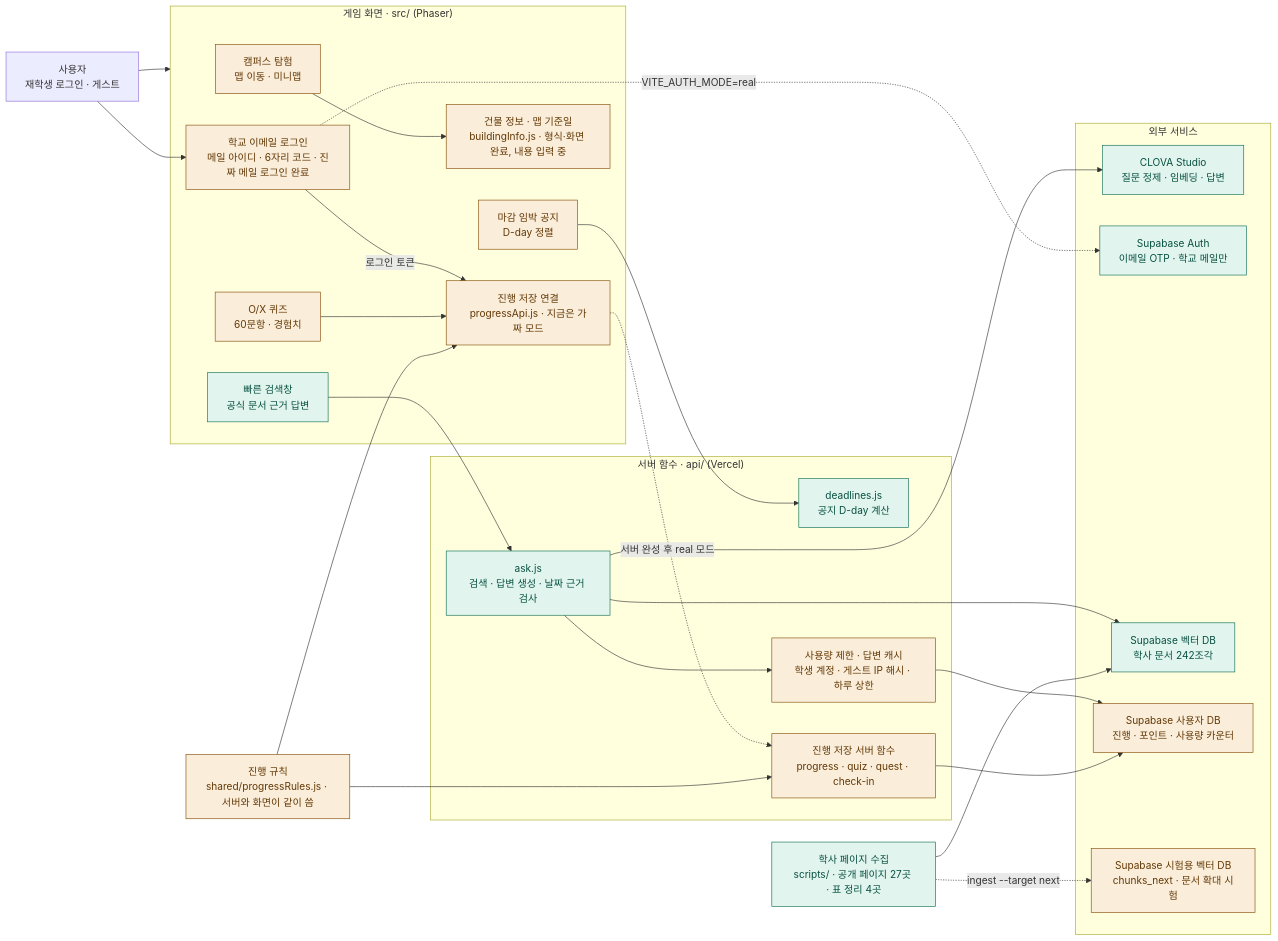
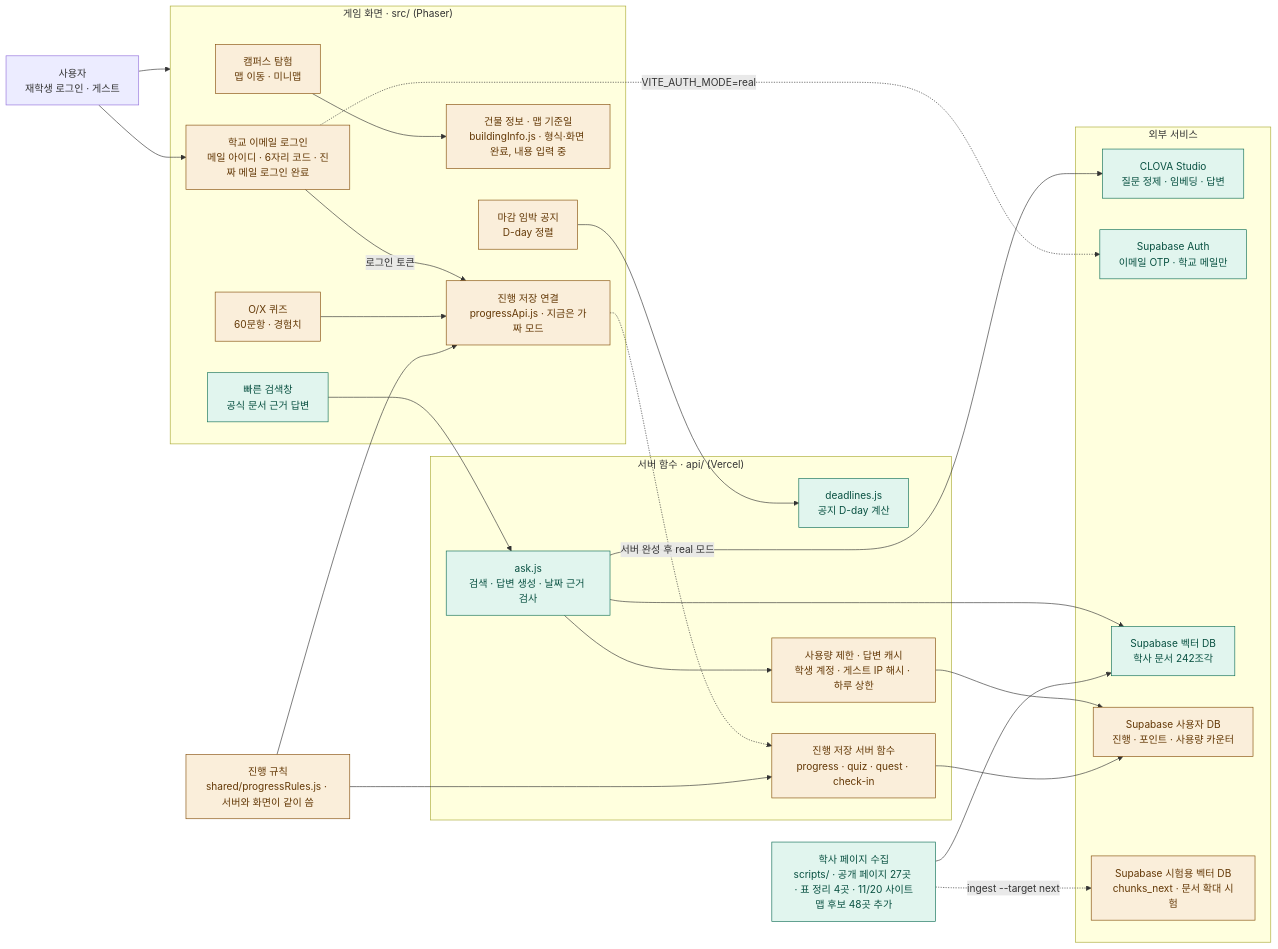
Before and after one commit to 202502859-source/hufs-quest: the diagram in docs/ARCHITECTURE.md, drawn with Mermaid. The commit also changed other lines of this file and 1 other file, not shown here.

Commit message:
data: 사이트맵(/hufs/11425)에서 서울 학생용 공개 페이지 48개를 urls.txt에 추가

````diff
--- a/docs/ARCHITECTURE.md
+++ b/docs/ARCHITECTURE.md
@@ -8,59 +8,59 @@
 ```mermaid
 flowchart LR
     user["사용자<br/>재학생 로그인 · 게스트"]
 
     subgraph game["게임 화면 · src/ (Phaser)"]
         explore["캠퍼스 탐험<br/>맵 이동 · 미니맵"]
         search["빠른 검색창<br/>공식 문서 근거 답변"]
         quiz["O/X 퀴즈<br/>60문항 · 경험치"]
         notice["마감 임박 공지<br/>D-day 정렬"]
         mapInfo["건물 정보 · 맵 기준일<br/>buildingInfo.js · 형식·화면 완료, 내용 입력 중"]
         progress["진행 저장 연결<br/>progressApi.js · 지금은 가짜 모드"]
         login["학교 이메일 로그인<br/>메일 아이디 · 6자리 코드 · 진짜 메일 로그인 완료"]
     end
 
     rules["진행 규칙<br/>shared/progressRules.js · 서버와 화면이 같이 씀"]
 
     subgraph server["서버 함수 · api/ (Vercel)"]
         ask["ask.js<br/>검색 · 답변 생성 · 날짜 근거 검사"]
         deadlines["deadlines.js<br/>공지 D-day 계산"]
         newApi["진행 저장 서버 함수<br/>progress · quiz · quest · check-in"]
         limiter["사용량 제한 · 답변 캐시<br/>학생 계정 · 게스트 IP 해시 · 하루 상한"]
     end
 
     subgraph external["외부 서비스"]
         clova["CLOVA Studio<br/>질문 정제 · 임베딩 · 답변"]
         supaAuth["Supabase Auth<br/>이메일 OTP · 학교 메일만"]
         vector["Supabase 벡터 DB<br/>학사 문서 242조각"]
         userDb["Supabase 사용자 DB<br/>진행 · 포인트 · 사용량 카운터"]
         vectorNext["Supabase 시험용 벡터 DB<br/>chunks_next · 문서 확대 시험"]
     end
 
-    collect["학사 페이지 수집<br/>scripts/ · 공개 페이지 27곳 · 표 정리 4곳"]
+    collect["학사 페이지 수집<br/>scripts/ · 공개 페이지 27곳 · 표 정리 4곳 · 11/20 사이트맵 후보 48곳 추가"]
 
     user --> game
     user --> login
     login -.->|"VITE_AUTH_MODE=real"| supaAuth
     login -->|"로그인 토큰"| progress
     search --> ask
     notice --> deadlines
     quiz --> progress
     progress -.->|"서버 완성 후 real 모드"| newApi
     rules --> progress
     rules --> newApi
     explore --> mapInfo
     ask --> limiter
     limiter --> userDb
     ask --> clova
     ask --> vector
     newApi --> userDb
     collect --> vector
     collect -.->|"ingest --target next"| vectorNext
 
     classDef done fill:#E1F5EE,stroke:#0F6E56,color:#085041
     classDef partial fill:#FAEEDA,stroke:#854F0B,color:#633806
     classDef todo fill:#FAECE7,stroke:#993C1D,color:#712B13,stroke-dasharray:5 3
 
     class search,ask,deadlines,clova,vector,collect,supaAuth done
     class explore,quiz,notice,progress,rules,userDb,login,limiter,mapInfo,newApi,vectorNext partial
 ```
````
